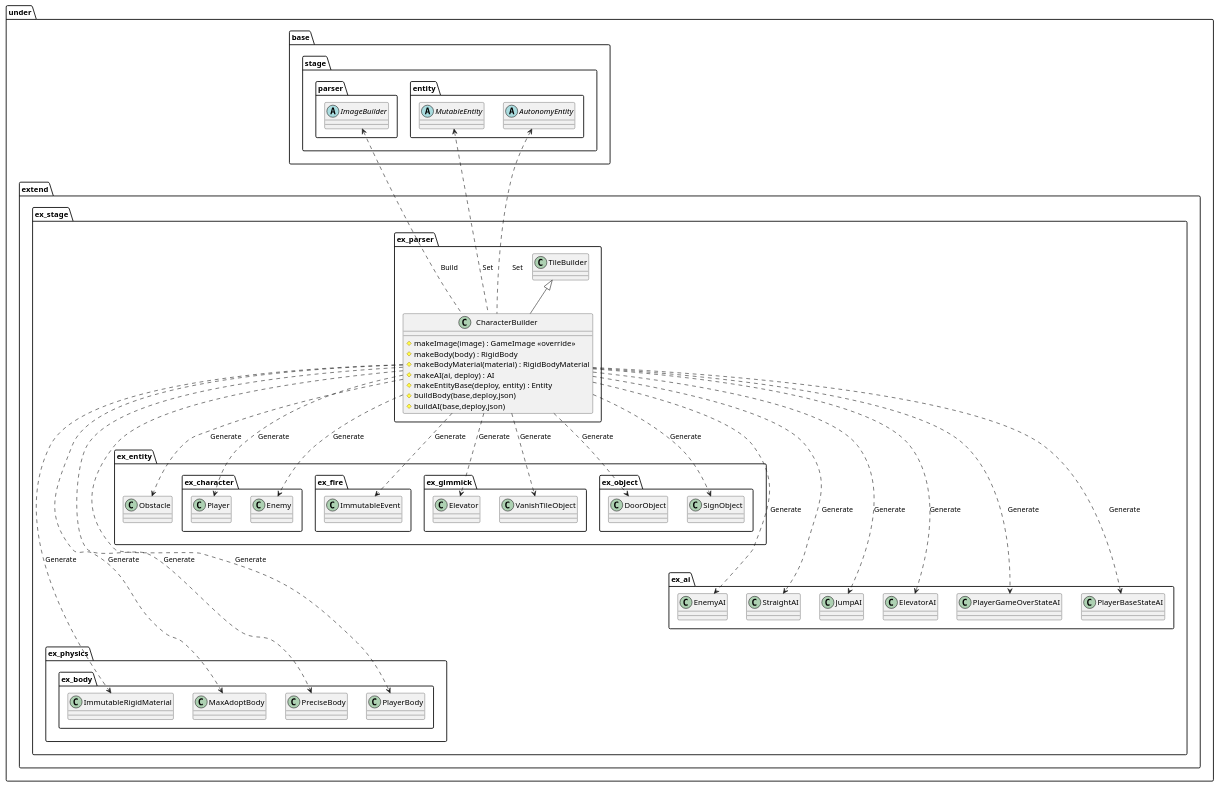
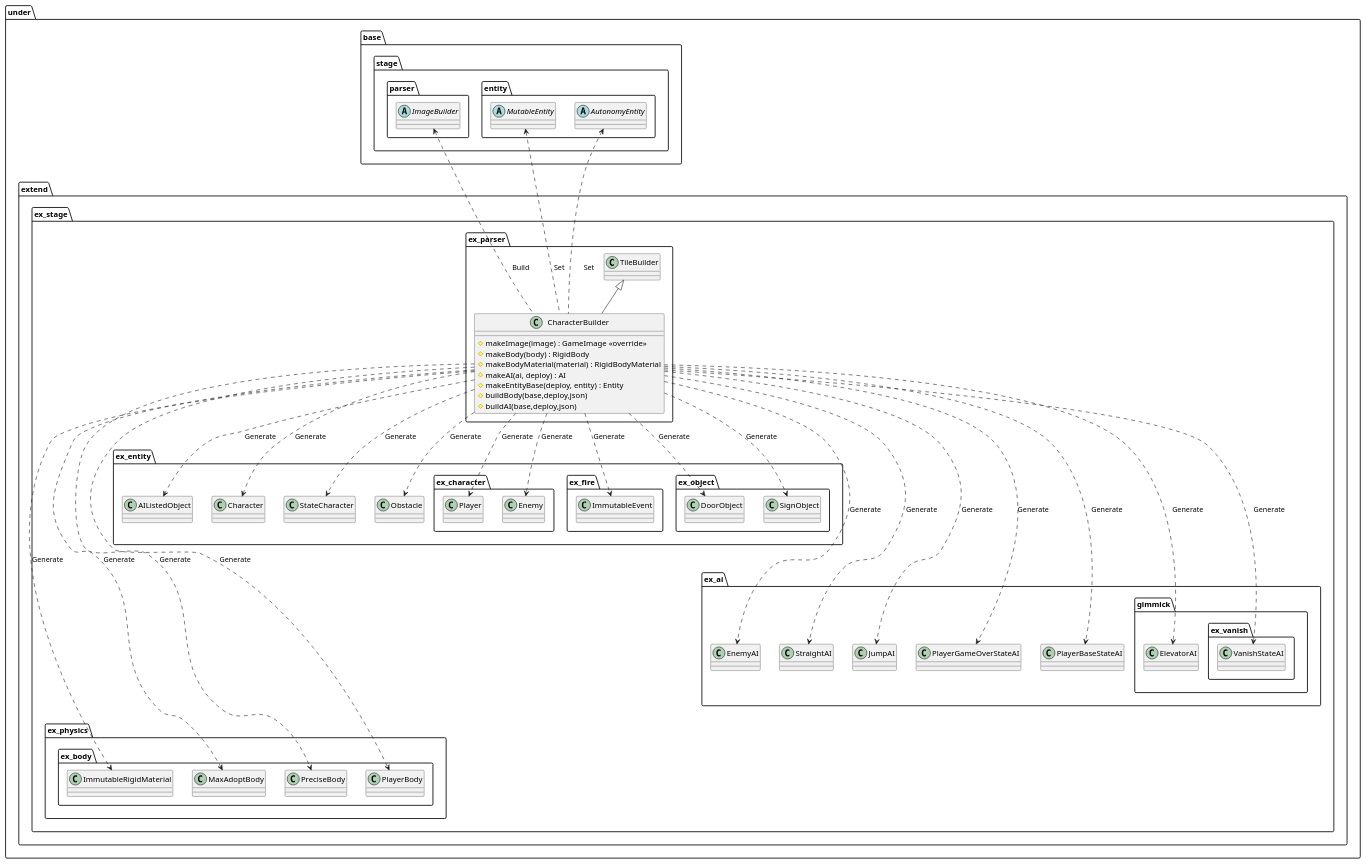
One commit to Expine/Under changed the diagram in uml/parser/Character.wsd. Above: the diagram before and after it, drawn with PlantUML. The commit also changed 30 other files, not shown here.

```diff
--- a/uml/parser/Character.wsd
+++ b/uml/parser/Character.wsd
@@ -1,101 +1,107 @@
 @startuml ParserBuilder
 
 package under {
     package extend {
         package ex_stage {
             package ex_parser {
                 class CharacterBuilder {
                     #makeImage(image) : GameImage <<override>>
                     #makeBody(body) : RigidBody
                     #makeBodyMaterial(material) : RigidBodyMaterial
                     #makeAI(ai, deploy) : AI
                     #makeEntityBase(deploy, entity) : Entity
                     #buildBody(base,deploy,json)
                     #buildAI(base,deploy,json)
                 }
             }
         }
     }
 }
 
 package under {
     package base {
         package stage {
             package parser {
                 abstract ImageBuilder
             }
             package entity {
                 abstract MutableEntity
                 abstract AutonomyEntity
             }
         }
     }
     package extend {
         package ex_stage {
             package ex_parser {
                 class TileBuilder
             }
             package ex_physics {
                 package ex_body {
                     class ImmutableRigidMaterial
                     class MaxAdoptBody
                     class PreciseBody
                     class PlayerBody
                 }
             }
             package ex_entity {
                 package ex_character {
                     class Player
                     class Enemy
                 }
                 package ex_fire {
                     class ImmutableEvent
                 }
-                package ex_gimmick {
-                    class Elevator
-                    class VanishTileObject
-                }
                 package ex_object {
                     class DoorObject
                     class SignObject
                 }
+                class AIListedObject
+                class Character
+                class StateCharacter
                 class Obstacle
             }
             package ex_ai {
                 class EnemyAI
                 class StraightAI
+                package gimmick {
+                    class ElevatorAI
+                    package ex_vanish {
+                        class VanishStateAI
+                    }
+                }
                 class JumpAI
-                class ElevatorAI
                 class PlayerGameOverStateAI
                 class PlayerBaseStateAI
             }
         }
 
     }
 }
 
 CharacterBuilder ....> MaxAdoptBody : Generate
 CharacterBuilder ....> PreciseBody : Generate
 CharacterBuilder ....> PlayerBody : Generate
 CharacterBuilder ....> ImmutableRigidMaterial : Generate
 CharacterBuilder ...> EnemyAI : Generate
 CharacterBuilder ...> StraightAI : Generate
 CharacterBuilder ...> JumpAI : Generate
 CharacterBuilder ...> ElevatorAI : Generate
+CharacterBuilder ...> VanishStateAI : Generate
 CharacterBuilder ...> PlayerGameOverStateAI : Generate
 CharacterBuilder ...> PlayerBaseStateAI : Generate
+CharacterBuilder ..> AIListedObject : Generate
+CharacterBuilder ..> Character : Generate
+CharacterBuilder ..> StateCharacter : Generate
 CharacterBuilder ..> Player : Generate
 CharacterBuilder ..> Enemy : Generate
 CharacterBuilder ..> Obstacle : Generate
 CharacterBuilder ..> DoorObject : Generate
 CharacterBuilder ..> SignObject : Generate
-CharacterBuilder ..> Elevator : Generate
 CharacterBuilder ..> ImmutableEvent : Generate
-CharacterBuilder ..> VanishTileObject : Generate
 MutableEntity <... CharacterBuilder : Set
 AutonomyEntity <... CharacterBuilder : Set
 ImageBuilder <... CharacterBuilder : Build
 
 TileBuilder <|-- CharacterBuilder
 
 @enduml
```
